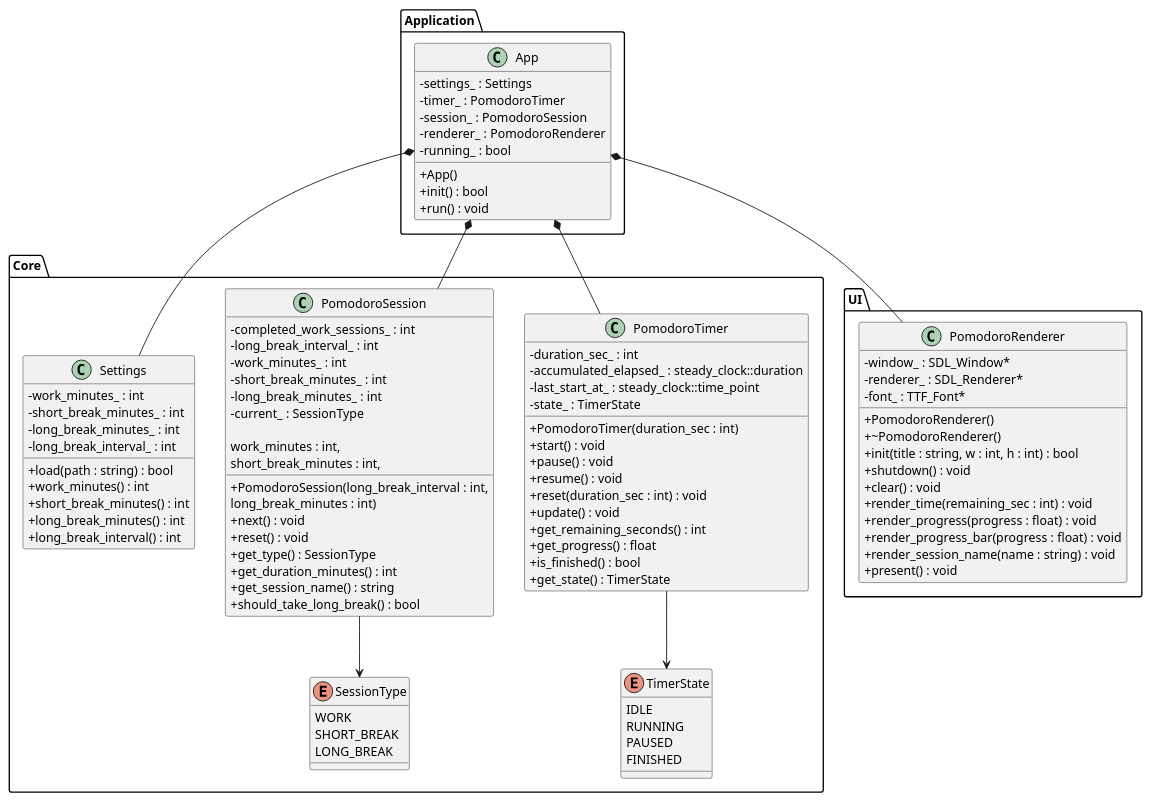
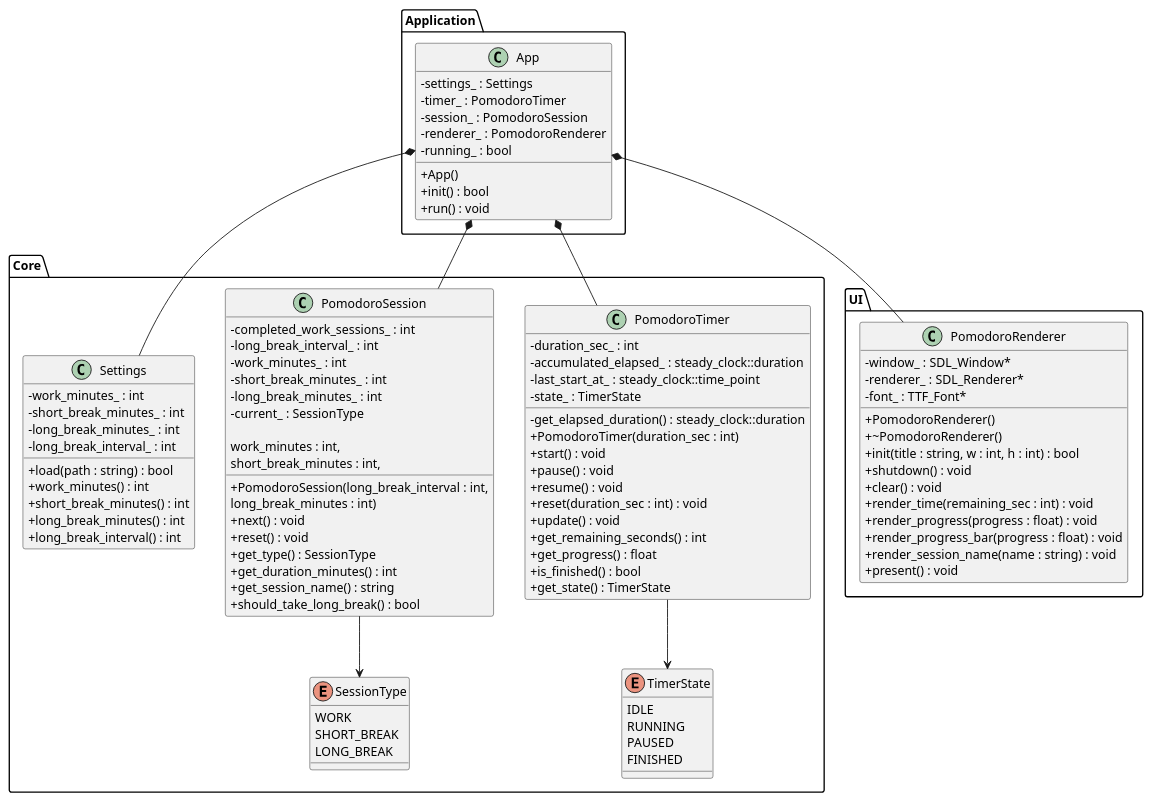
The diagram in pomodoro/docs/test.puml (user4032438215/pomodoro-sdl2), drawn with PlantUML before and after one commit. The commit also changed 3 other files, not shown here.

```diff
--- a/pomodoro/docs/test.puml
+++ b/pomodoro/docs/test.puml
@@ -1,113 +1,114 @@
 @startuml
 
 skinparam classAttributeIconSize 0
 
 package "Core" {
 
     enum SessionType {
         WORK
         SHORT_BREAK
         LONG_BREAK
     }
 
     enum TimerState {
         IDLE
         RUNNING
         PAUSED
         FINISHED
     }
 
     class PomodoroTimer {
         - duration_sec_ : int
         - accumulated_elapsed_ : steady_clock::duration
         - last_start_at_ : steady_clock::time_point
+        - get_elapsed_duration() : steady_clock::duration
         - state_ : TimerState
+
         + PomodoroTimer(duration_sec : int)
         + start() : void
         + pause() : void
         + resume() : void
         + reset(duration_sec : int) : void
         + update() : void
         + get_remaining_seconds() : int
         + get_progress() : float
         + is_finished() : bool
         + get_state() : TimerState
     }
 
     class PomodoroSession {
         - completed_work_sessions_ : int
         - long_break_interval_ : int
         - work_minutes_ : int
         - short_break_minutes_ : int
         - long_break_minutes_ : int
         - current_ : SessionType
 
         + PomodoroSession(long_break_interval : int,
         work_minutes : int,
         short_break_minutes : int,
         long_break_minutes : int)
         + next() : void
         + reset() : void
         + get_type() : SessionType
         + get_duration_minutes() : int
         + get_session_name() : string
         + should_take_long_break() : bool
     }
 
     class Settings {
         - work_minutes_ : int
         - short_break_minutes_ : int
         - long_break_minutes_ : int
         - long_break_interval_ : int
         + load(path : string) : bool
         + work_minutes() : int
         + short_break_minutes() : int
         + long_break_minutes() : int
         + long_break_interval() : int
     }
 }
 
 package "UI" {
 
     class PomodoroRenderer {
         - window_ : SDL_Window*
         - renderer_ : SDL_Renderer*
         - font_ : TTF_Font*
 
         + PomodoroRenderer()
         + ~PomodoroRenderer()
         + init(title : string, w : int, h : int) : bool
         + shutdown() : void
         + clear() : void
         + render_time(remaining_sec : int) : void
         + render_progress(progress : float) : void
         + render_progress_bar(progress : float) : void
         + render_session_name(name : string) : void
         + present() : void
     }
 }
 
 package "Application" {
 
     class App {
         - settings_ : Settings
         - timer_ : PomodoroTimer
         - session_ : PomodoroSession
         - renderer_ : PomodoroRenderer
         - running_ : bool
-
         + App()
         + init() : bool
         + run() : void
     }
 }
 
 App *-- PomodoroTimer
 App *-- PomodoroSession
 App *-- Settings
 App *-- PomodoroRenderer
 
 PomodoroSession --> SessionType
 PomodoroTimer --> TimerState
 
 @enduml
```
